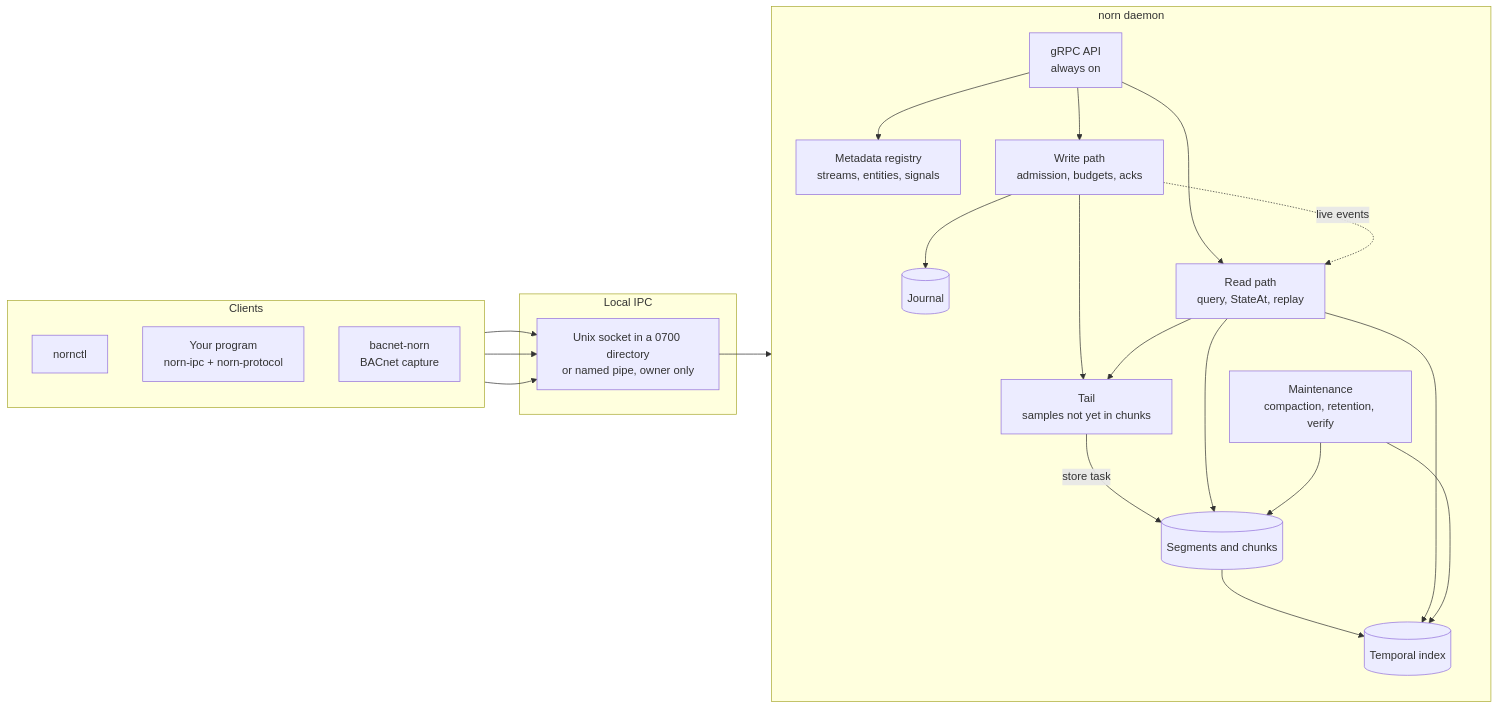
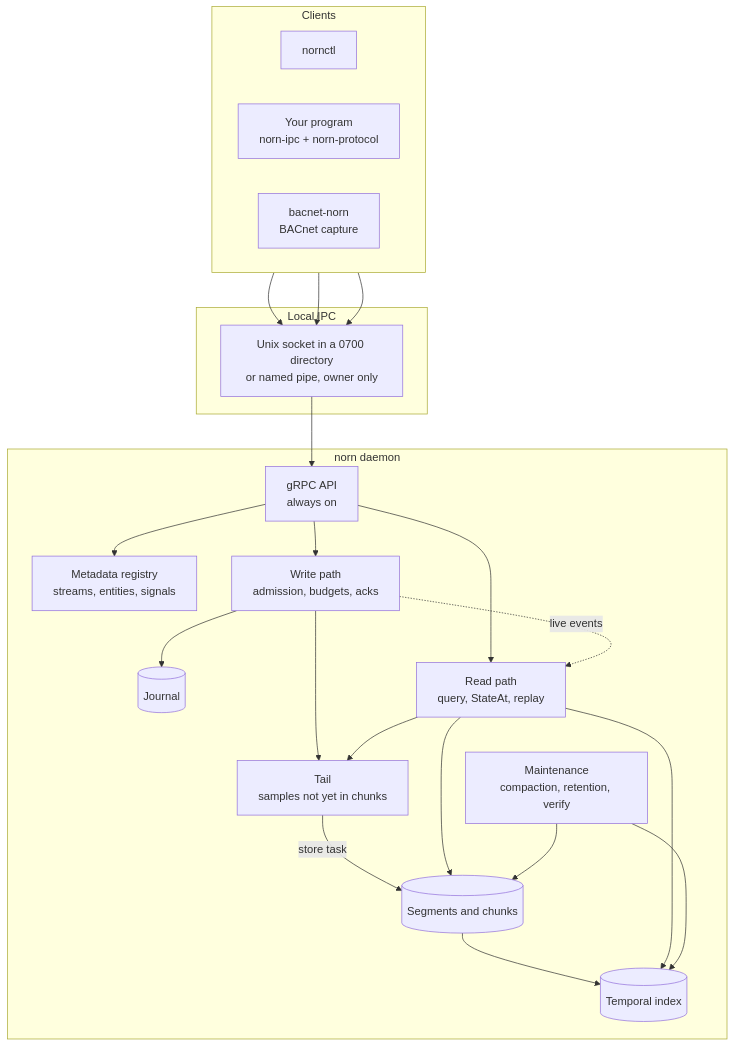
One commit to oh-tarnished/norn changed the first of 5 diagrams in README.md. Above: the diagram before and after it, drawn with Mermaid. The commit also changed other lines of this file and 2 other files, not shown here.

````diff
--- a/README.md
+++ b/README.md
@@ -158,44 +158,43 @@
 ```mermaid
-flowchart LR
+flowchart TB
     subgraph clients["Clients"]
-        direction TB
+        direction LR
         ctl["nornctl"]
         app["Your program<br/>norn-ipc + norn-protocol"]
         bac["bacnet-norn<br/>BACnet capture"]
     end
 
     subgraph ipc["Local IPC"]
         sock["Unix socket in a 0700 directory<br/>or named pipe, owner only"]
     end
 
     subgraph daemon["norn daemon"]
-        direction TB
         grpc["gRPC API<br/>always on"]
         meta["Metadata registry<br/>streams, entities, signals"]
         write["Write path<br/>admission, budgets, acks"]
         journal[("Journal")]
         tail["Tail<br/>samples not yet in chunks"]
         segs[("Segments and chunks")]
         index[("Temporal index")]
         read["Read path<br/>query, StateAt, replay"]
         maint["Maintenance<br/>compaction, retention, verify"]
     end
 
     ctl --> sock
     app --> sock
     bac --> sock
     sock --> grpc
     grpc --> meta
     grpc --> write
     write --> journal
     write --> tail
     tail -- "store task" --> segs
     segs --> index
     grpc --> read
     read --> tail
     read --> index
     read --> segs
     maint --> segs
     maint --> index
     write -. "live events" .-> read
 ```
````
